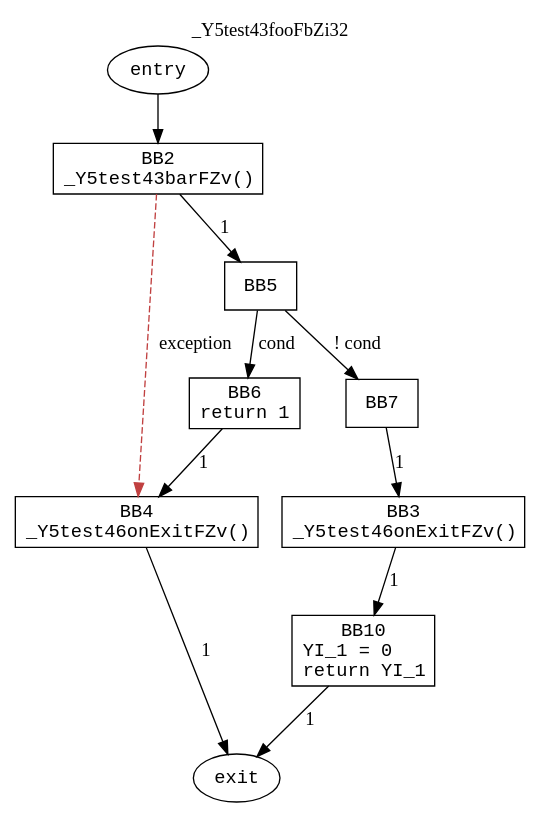
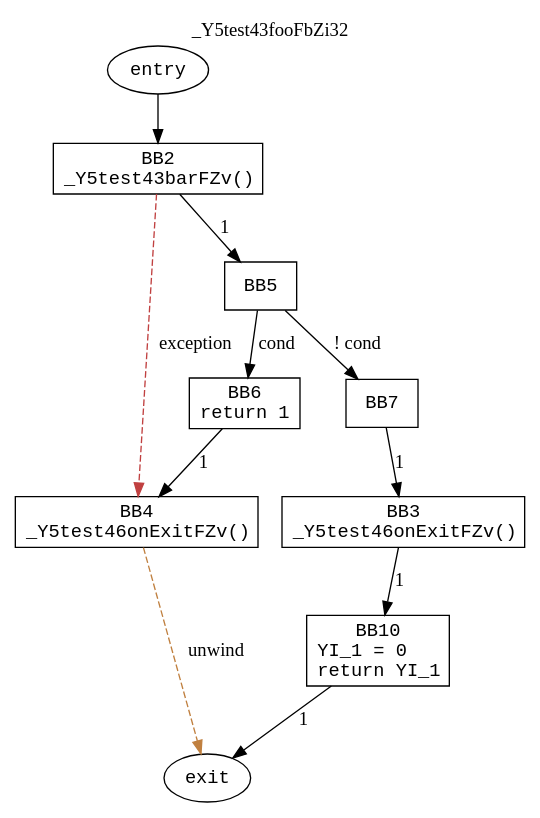
Before and after one commit to GNU-Ymir/bootstrap: the diagram in test_resources/cfg/test4.dot, drawn with Graphviz. The commit also changed 7 other files, not shown here.

```diff
--- a/test_resources/cfg/test4.dot
+++ b/test_resources/cfg/test4.dot
@@ -1,24 +1,24 @@
 digraph "_Y5test43fooFbZi32" {
   labelloc="t"
   label="_Y5test43fooFbZi32"
   node [shape=box, fontname="monospace"]
   BB0 [label="entry", shape=ellipse]
   BB1 [label="exit", shape=ellipse]
   BB0 -> BB2
   BB2 [label="BB2\n_Y5test43barFZv()\l"]
   BB2 -> BB4 [label="exception", style=dashed, color="#c04040"]
   BB2 -> BB5 [label="1"]
   BB3 [label="BB3\n_Y5test46onExitFZv()\l"]
   BB3 -> BB10 [label="1"]
   BB4 [label="BB4\n_Y5test46onExitFZv()\l"]
-  BB4 -> BB1 [label="1"]
+  BB4 -> BB1 [label="unwind", style=dashed, color="#c08040"]
   BB5 [label="BB5\n"]
   BB5 -> BB6 [label="cond"]
   BB5 -> BB7 [label="! cond"]
   BB6 [label="BB6\nreturn 1\l"]
   BB6 -> BB4 [label="1"]
   BB7 [label="BB7\n"]
   BB7 -> BB3 [label="1"]
   BB10 [label="BB10\nYI_1 = 0\lreturn YI_1\l"]
   BB10 -> BB1 [label="1"]
 }
```
